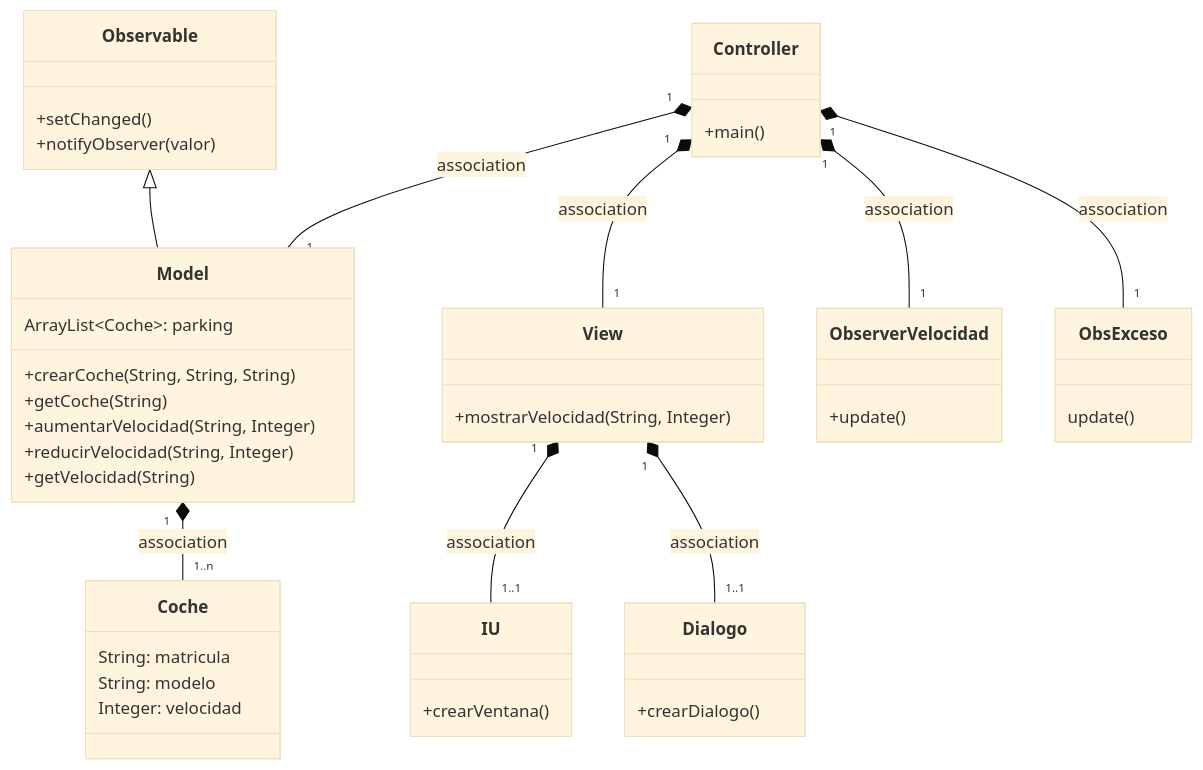
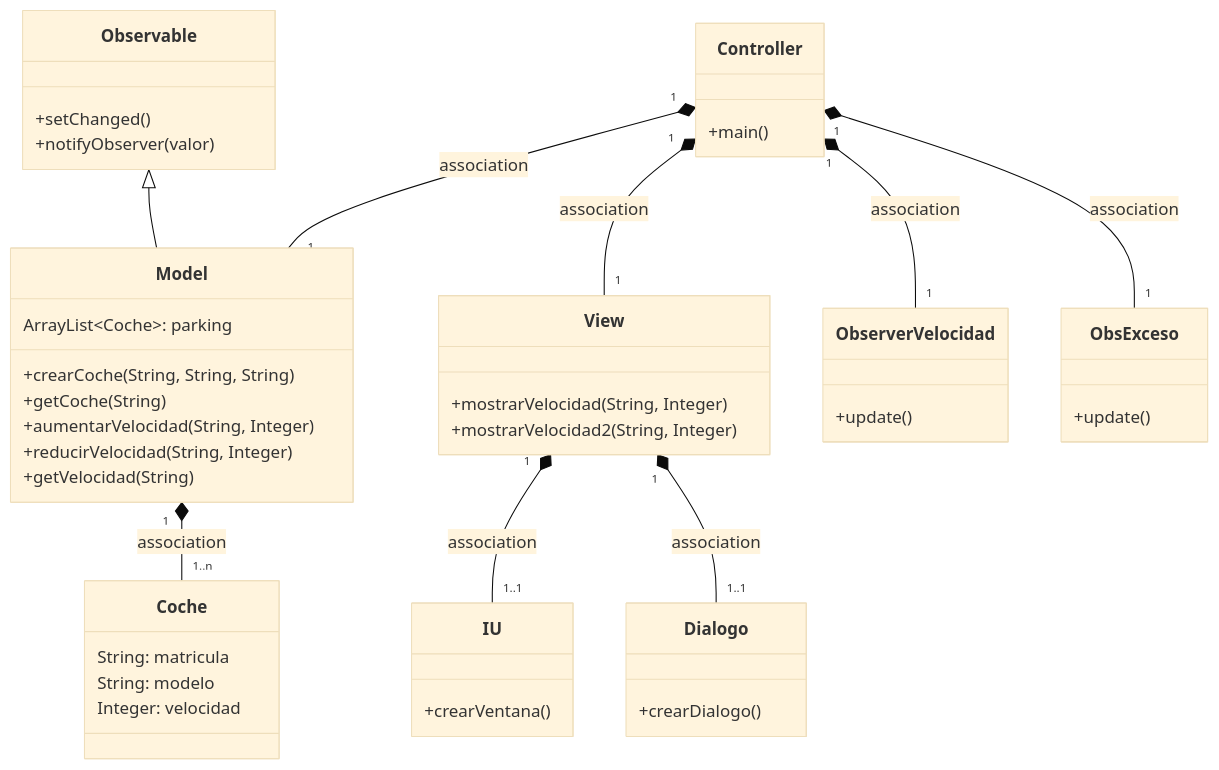
Before and after one commit to JorgeAmestoy/MVC_coches: the first of 4 diagrams in Readme.md, drawn with Mermaid (base theme). The commit also changed other lines of this file, not shown here.

````diff
--- a/Readme.md
+++ b/Readme.md
@@ -16,45 +16,46 @@
 ```mermaid
 classDiagram
     class Observable{
         +setChanged()
         +notifyObserver(valor)
     }
     class Coche {
         String: matricula
         String: modelo
         Integer: velocidad
     }
       class Controller{
           +main()
       }
-      class View {+mostrarVelocidad(String, Integer)}
+      class View {+mostrarVelocidad(String, Integer)
+      +mostrarVelocidad2(String, Integer)}
       class Model {
           ArrayList~Coche~: parking
           +crearCoche(String, String, String)
           +getCoche(String)
           +aumentarVelocidad(String, Integer)
           +reducirVelocidad(String, Integer)
           +getVelocidad(String)
       }
       class IU {
           +crearVentana()
       }
       class Dialogo {
           +crearDialogo()
       }
       class ObserverVelocidad {
       +update()
       }
       class ObsExceso{
-      update()
+      +update()
       }
     Controller "1" *-- "1" ObserverVelocidad : association
     Controller "1" *-- "1" ObsExceso : association
     Controller "1" *-- "1" Model : association
     Controller "1" *-- "1" View : association
     Model "1" *-- "1..n" Coche : association
     View "1" *-- "1..1" IU: association
     View "1" *-- "1..1" Dialogo : association
     Observable<|--Model
       
 ```
````
